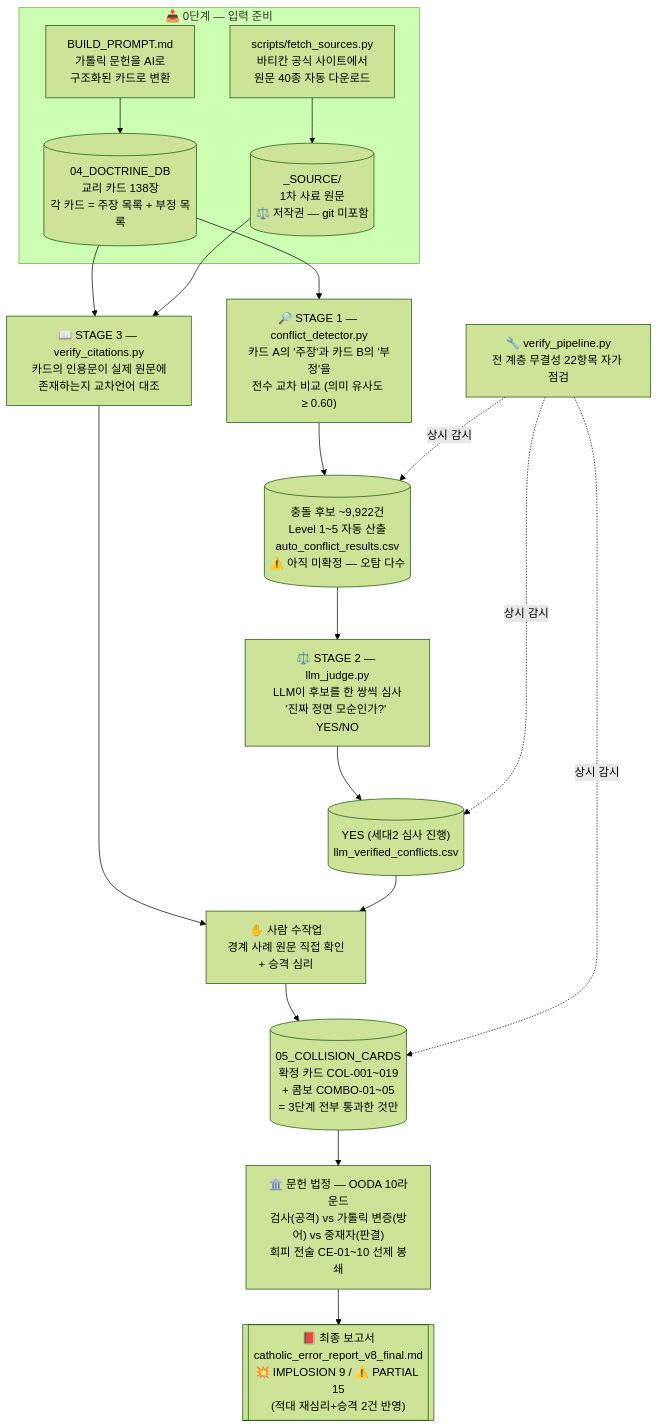
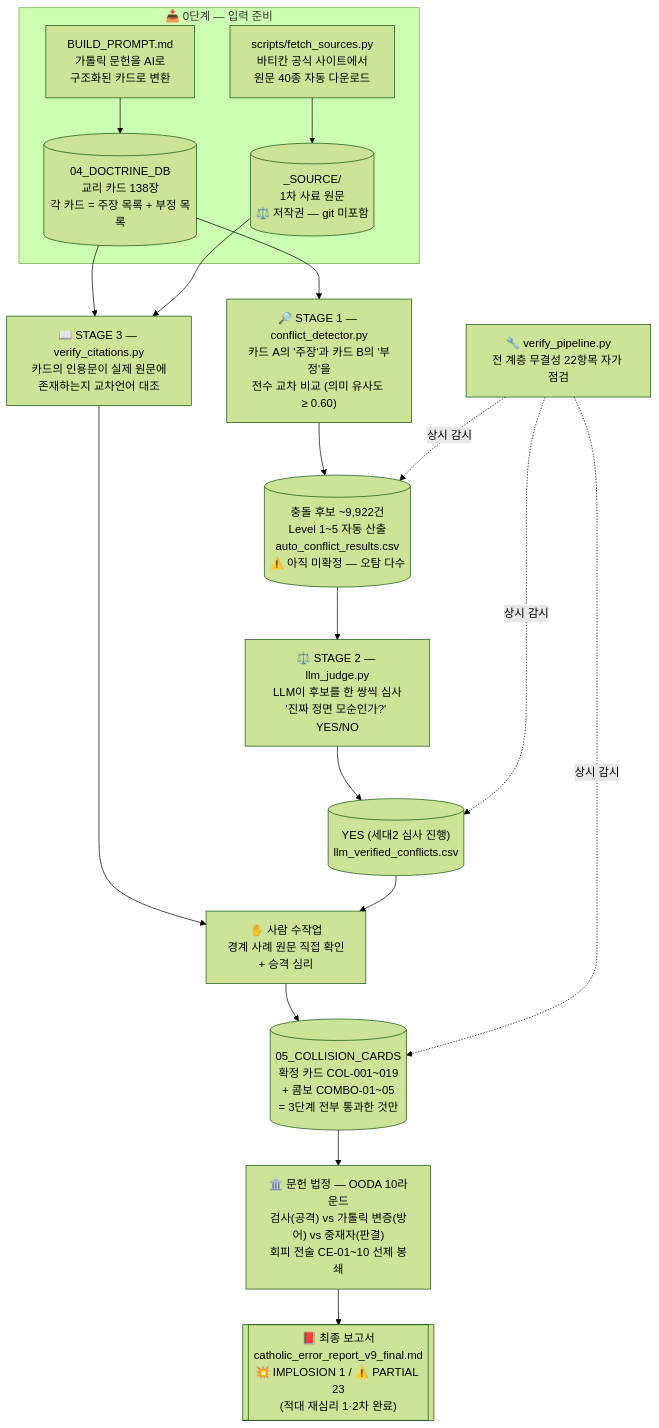
The first of 2 diagrams in the-catholic-audit/README.md (jloveonly-prog/the-scripture-audit-ko), drawn with Mermaid (forest theme) before and after one commit. The commit also changed 3 other files, not shown here.

````diff
--- a/the-catholic-audit/README.md
+++ b/the-catholic-audit/README.md
@@ -44,27 +44,27 @@
 ```mermaid
 flowchart TD
     subgraph PREP["📥 0단계 — 입력 준비"]
         A["BUILD_PROMPT.md<br/>가톨릭 문헌을 AI로<br/>구조화된 카드로 변환"] --> B[("04_DOCTRINE_DB<br/>교리 카드 138장<br/>각 카드 = 주장 목록 + 부정 목록")]
         F["scripts/fetch_sources.py<br/>바티칸 공식 사이트에서<br/>원문 40종 자동 다운로드"] --> S[("_SOURCE/<br/>1차 사료 원문<br/>⚖️ 저작권 — git 미포함")]
     end
 
     B --> C["🔎 STAGE 1 — conflict_detector.py<br/>카드 A의 '주장'과 카드 B의 '부정'을<br/>전수 교차 비교 (의미 유사도 ≥ 0.60)"]
     C --> D[("충돌 후보 ~9,922건<br/>Level 1~5 자동 산출<br/>auto_conflict_results.csv<br/>⚠️ 아직 미확정 — 오탐 다수")]
 
     D --> E["⚖️ STAGE 2 — llm_judge.py<br/>LLM이 후보를 한 쌍씩 심사<br/>'진짜 정면 모순인가?' YES/NO"]
     E --> G[("YES (세대2 심사 진행)<br/>llm_verified_conflicts.csv")]
 
     B --> H["📖 STAGE 3 — verify_citations.py<br/>카드의 인용문이 실제 원문에<br/>존재하는지 교차언어 대조"]
     S --> H
     H --> I["✋ 사람 수작업<br/>경계 사례 원문 직접 확인<br/>+ 승격 심리"]
     G --> I
 
     I --> J[("05_COLLISION_CARDS<br/>확정 카드 COL-001~019<br/>+ 콤보 COMBO-01~05<br/>= 3단계 전부 통과한 것만")]
 
     J --> K["🏛️ 문헌 법정 — OODA 10라운드<br/>검사(공격) vs 가톨릭 변증(방어) vs 중재자(판결)<br/>회피 전술 CE-01~10 선제 봉쇄"]
-    K --> L[["📕 최종 보고서<br/>catholic_error_report_v8_final.md<br/>💥 IMPLOSION 9 / ⚠️ PARTIAL 15<br/>(적대 재심리+승격 2건 반영)"]]
+    K --> L[["📕 최종 보고서<br/>catholic_error_report_v9_final.md<br/>💥 IMPLOSION 1 / ⚠️ PARTIAL 23<br/>(적대 재심리 1·2차 완료)"]]
 
     V["🔧 verify_pipeline.py<br/>전 계층 무결성 22항목 자가 점검"] -.->|상시 감시| D
     V -.->|상시 감시| G
     V -.->|상시 감시| J
 ```
````
